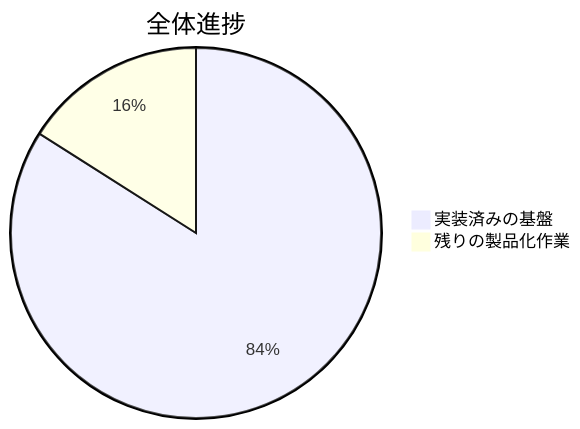
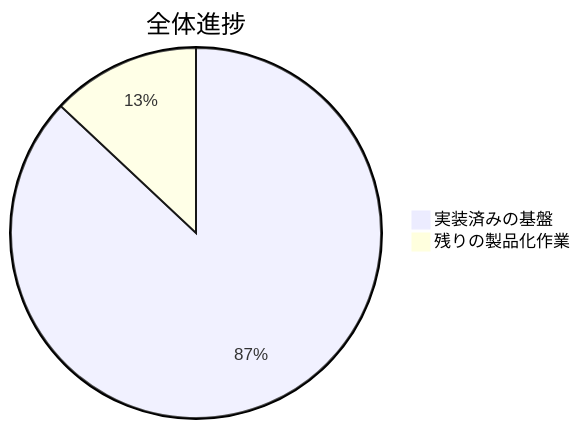
The first of 5 diagrams in README.ja.md (lingmulongtai/GlyphRay), drawn with Mermaid before and after one commit. The commit also changed other lines of this file and 21 other files, not shown here.

````diff
--- a/README.ja.md
+++ b/README.ja.md
@@ -15,5 +15,5 @@
 ```mermaid
 pie title 全体進捗
-  "実装済みの基盤" : 84
-  "残りの製品化作業" : 16
+  "実装済みの基盤" : 87
+  "残りの製品化作業" : 13
 ```
````
